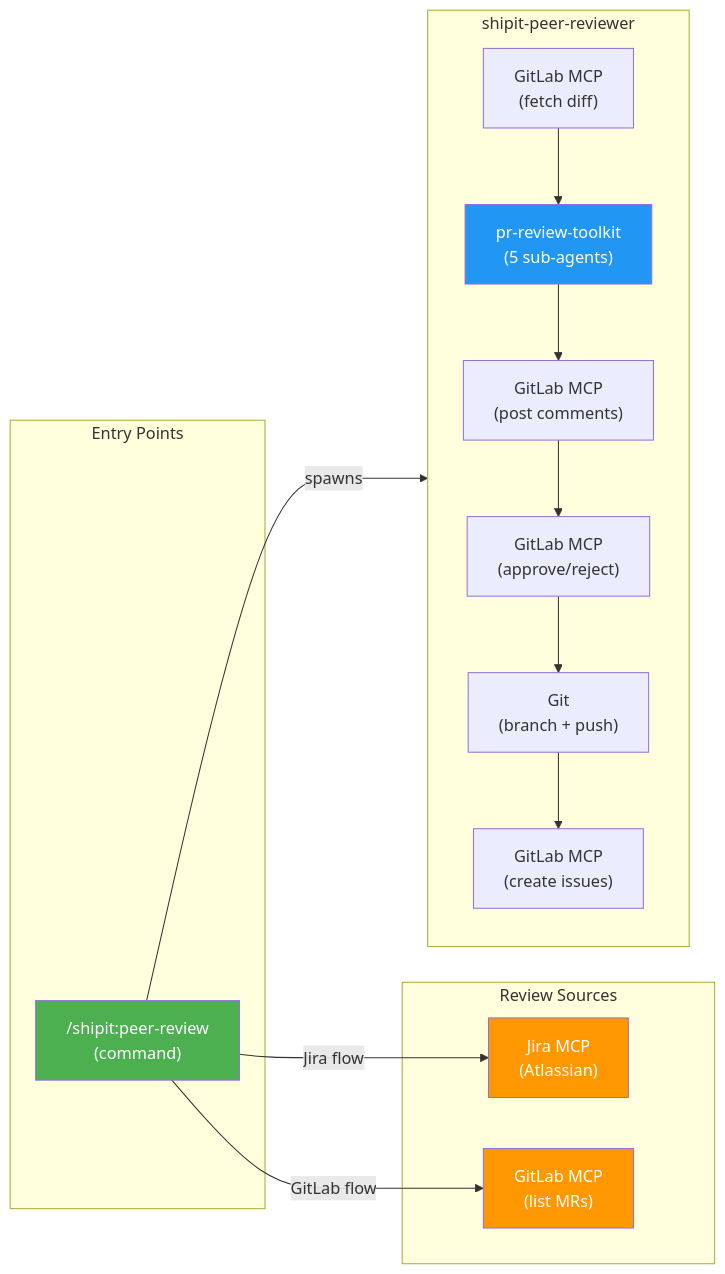
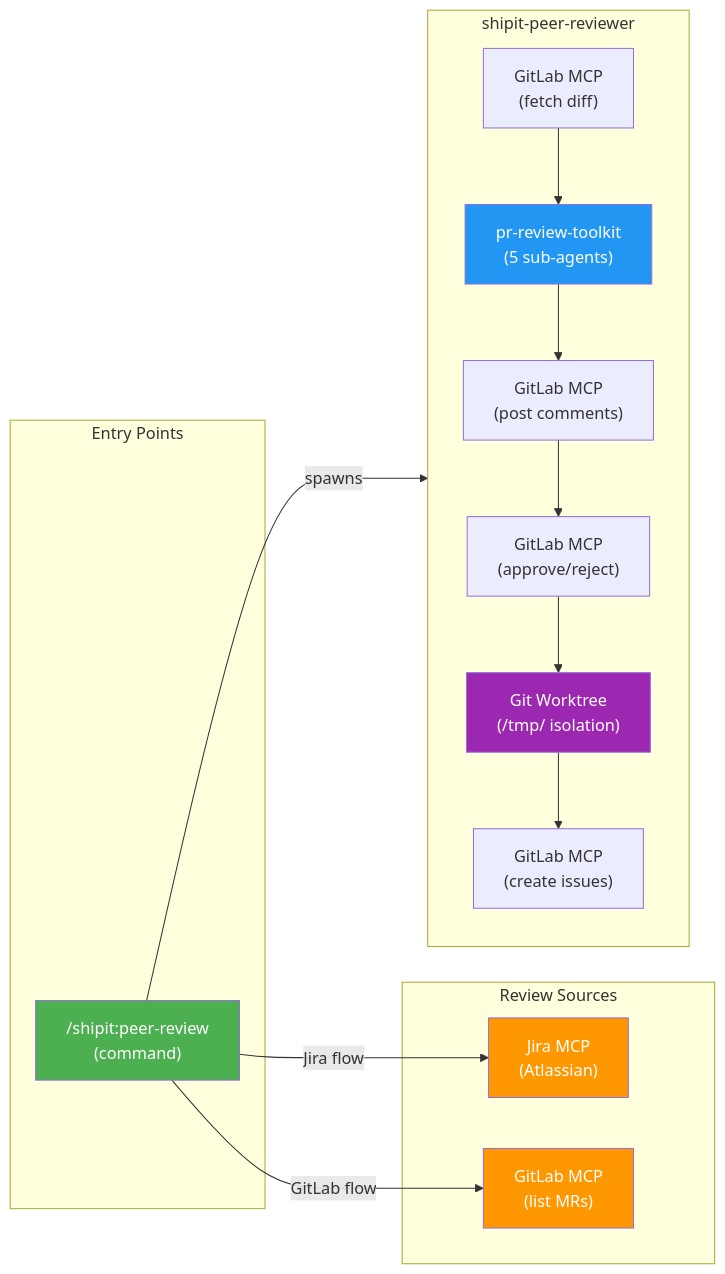
The seventh of 8 diagrams in docs/peer-review-flowchart.md (praful011/shipit), drawn with Mermaid before and after one commit. The commit also changed other lines of this file, not shown here.

First line of the commit message:
docs: update flowchart with worktree safety guards and merge explanation

````diff
--- a/docs/peer-review-flowchart.md
+++ b/docs/peer-review-flowchart.md
@@ -162,34 +217,35 @@
 ```mermaid
 graph LR
     subgraph Entry["Entry Points"]
         CMD["/shipit:peer-review\n(command)"]
     end
 
     subgraph Sources["Review Sources"]
         JIRA["Jira MCP\n(Atlassian)"]
         GL_SRC["GitLab MCP\n(list MRs)"]
     end
 
     subgraph Agent["shipit-peer-reviewer"]
         GL_DIFF["GitLab MCP\n(fetch diff)"]
         TOOLKIT["pr-review-toolkit\n(5 sub-agents)"]
         GL_COMMENT["GitLab MCP\n(post comments)"]
         GL_APPROVE["GitLab MCP\n(approve/reject)"]
+        WORKTREE["Git Worktree\n(/tmp/ isolation)"]
         GL_ISSUE["GitLab MCP\n(create issues)"]
-        GIT["Git\n(branch + push)"]
     end
 
     CMD -->|Jira flow| JIRA
     CMD -->|GitLab flow| GL_SRC
     CMD -->|spawns| Agent
     GL_DIFF --> TOOLKIT
     TOOLKIT --> GL_COMMENT
     GL_COMMENT --> GL_APPROVE
-    GL_APPROVE --> GIT
-    GIT --> GL_ISSUE
+    GL_APPROVE --> WORKTREE
+    WORKTREE --> GL_ISSUE
 
     style CMD fill:#4CAF50,color:#fff
     style TOOLKIT fill:#2196F3,color:#fff
     style JIRA fill:#FF9800,color:#fff
     style GL_SRC fill:#FF9800,color:#fff
+    style WORKTREE fill:#9C27B0,color:#fff
 ```
````
